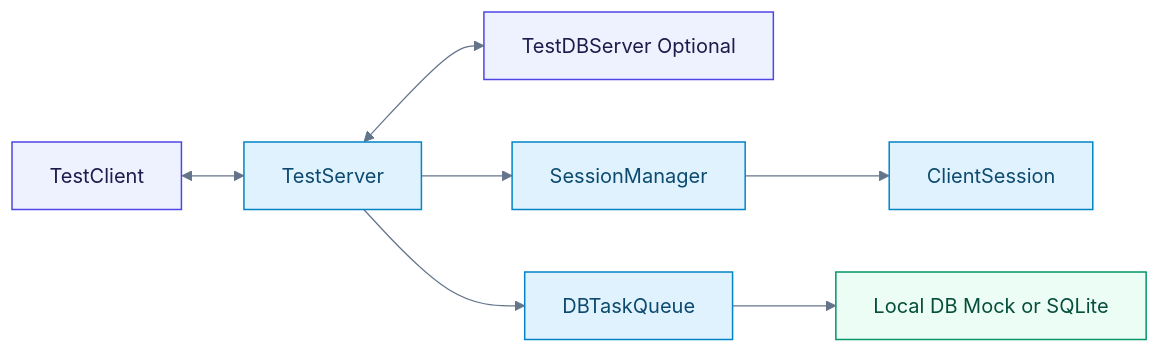
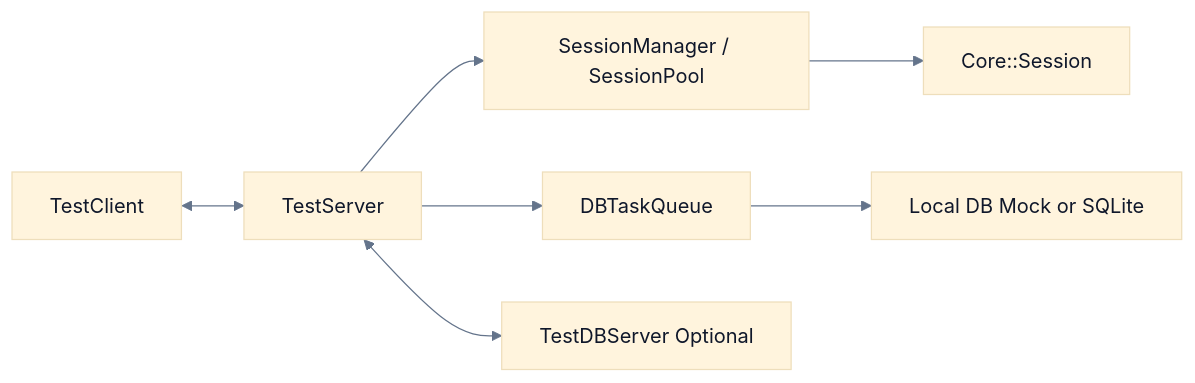
One commit to leedg/PublicStudy changed the diagram in NetworkModuleTest/Doc/WikiDraft/ServerStructure/Home.md. Above: the diagram before and after it, drawn with Mermaid. The commit also changed other lines of this file and 34 other files, not shown here.

````diff
--- a/NetworkModuleTest/Doc/WikiDraft/ServerStructure/Home.md
+++ b/NetworkModuleTest/Doc/WikiDraft/ServerStructure/Home.md
@@ -28,21 +34,14 @@
 ```mermaid
 %%{init: {'theme':'base', 'themeVariables': {
 'fontFamily':'Segoe UI, Noto Sans KR, sans-serif',
 'lineColor':'#64748B',
 'primaryTextColor':'#0F172A'
 }}}%%
 flowchart LR
     A[TestClient] <--> B[TestServer]
-    B <--> C[TestDBServer Optional]
-    B --> D[SessionManager]
-    D --> E[ClientSession]
-    B --> F[DBTaskQueue]
-    F --> G[Local DB Mock or SQLite]
-
-    classDef ext fill:#EEF2FF,stroke:#4F46E5,color:#1E1B4B,stroke-width:1.2px;
-    classDef core fill:#E0F2FE,stroke:#0284C7,color:#0C4A6E,stroke-width:1.2px;
-    classDef db fill:#ECFDF5,stroke:#059669,color:#064E3B,stroke-width:1.2px;
-    class A,C ext;
-    class B,D,E,F core;
-    class G db;
+    B --> C[SessionManager / SessionPool]
+    C --> D[Core::Session]
+    B --> E[DBTaskQueue]
+    E --> F[Local DB Mock or SQLite]
+    B <--> G[TestDBServer Optional]
 ```
````
